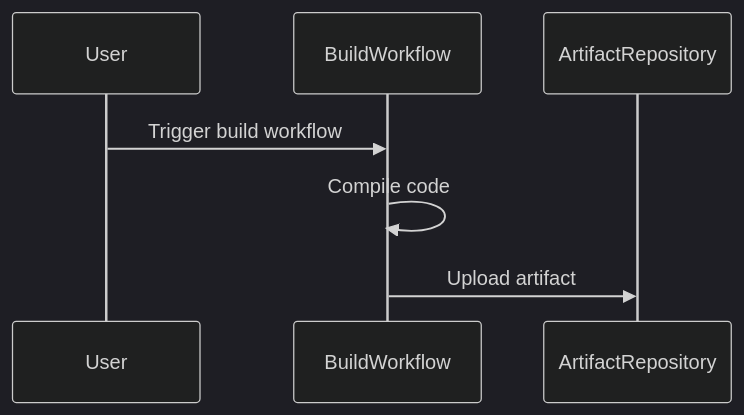
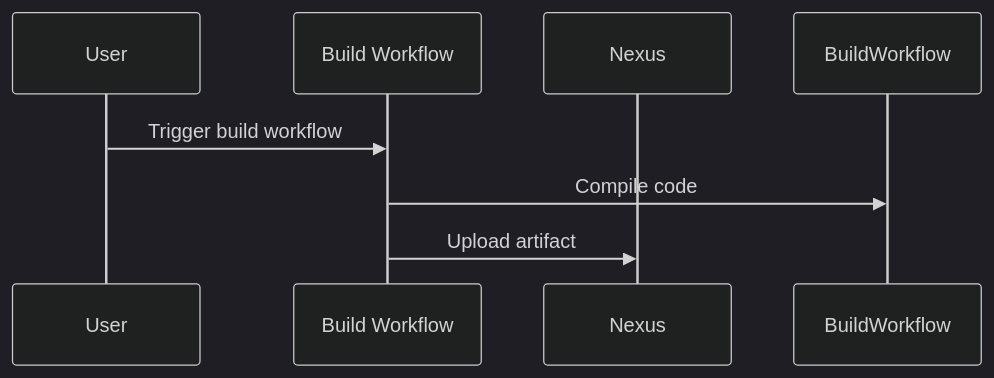
Before and after one commit to devarab1/Diagrams: the first of 3 diagrams in README.md, drawn with Mermaid (dark theme). The commit also changed other lines of this file, not shown here.

````diff
--- a/README.md
+++ b/README.md
@@ -3,10 +3,10 @@
 ```mermaid
 sequenceDiagram
     participant User
-    participant BuildWorkflow
-    participant ArtifactRepository
+    participant Build Workflow
+    participant Nexus
 
-    User->>BuildWorkflow: Trigger build workflow
-    BuildWorkflow->>BuildWorkflow: Compile code
-    BuildWorkflow->>ArtifactRepository: Upload artifact
+    User->>Build Workflow: Trigger build workflow
+    Build Workflow->>BuildWorkflow: Compile code
+    Build Workflow->>Nexus: Upload artifact
 ```
````
